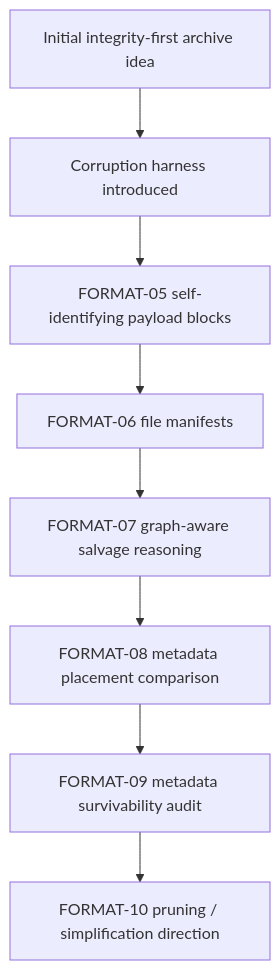
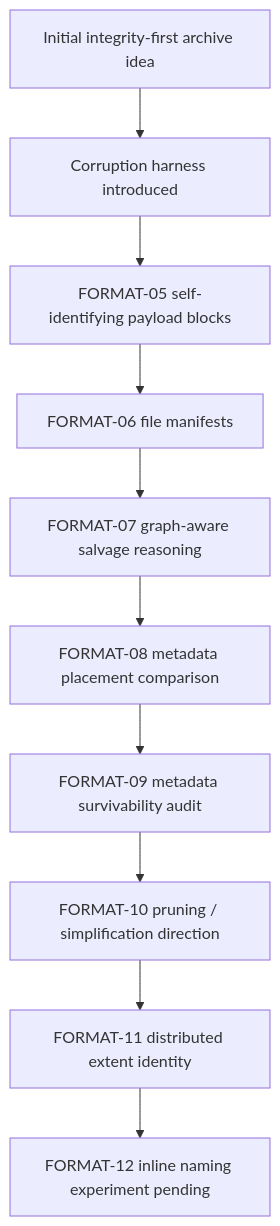
Before and after one commit to UglyEgg/crushr: the diagram in docs/format-evolution.md, drawn with Mermaid. The commit also changed other lines of this file and 2 other files, not shown here.

````diff
--- a/docs/format-evolution.md
+++ b/docs/format-evolution.md
@@ -40,10 +40,12 @@
 ```mermaid
 flowchart TD
     A["Initial integrity-first archive idea"] --> B["Corruption harness introduced"]
     B --> C["FORMAT-05 self-identifying payload blocks"]
     C --> D["FORMAT-06 file manifests"]
     D --> E["FORMAT-07 graph-aware salvage reasoning"]
     E --> F["FORMAT-08 metadata placement comparison"]
     F --> G["FORMAT-09 metadata survivability audit"]
     G --> H["FORMAT-10 pruning / simplification direction"]
+    H --> I["FORMAT-11 distributed extent identity"]
+    I --> J["FORMAT-12 inline naming experiment pending"]
 ```
````
